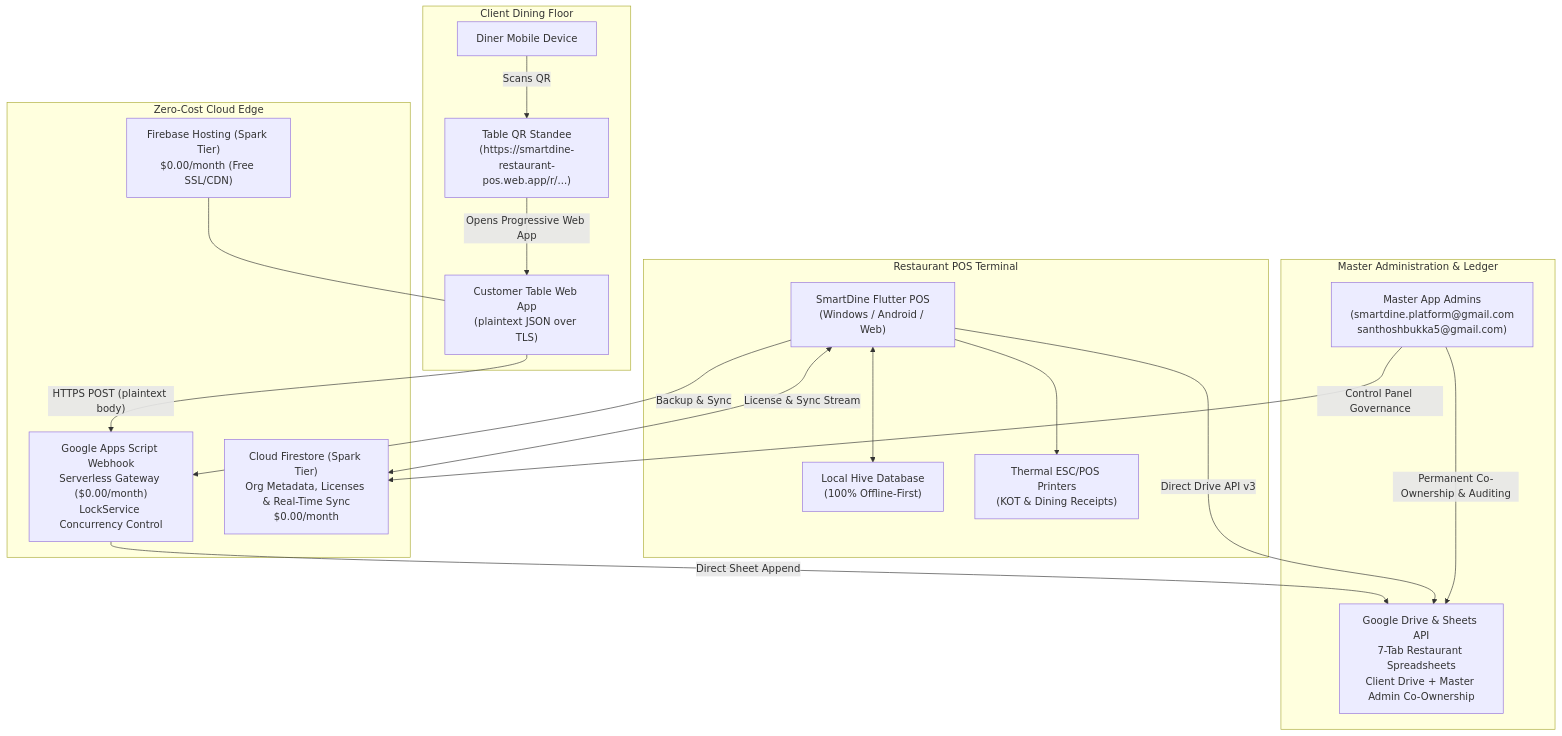
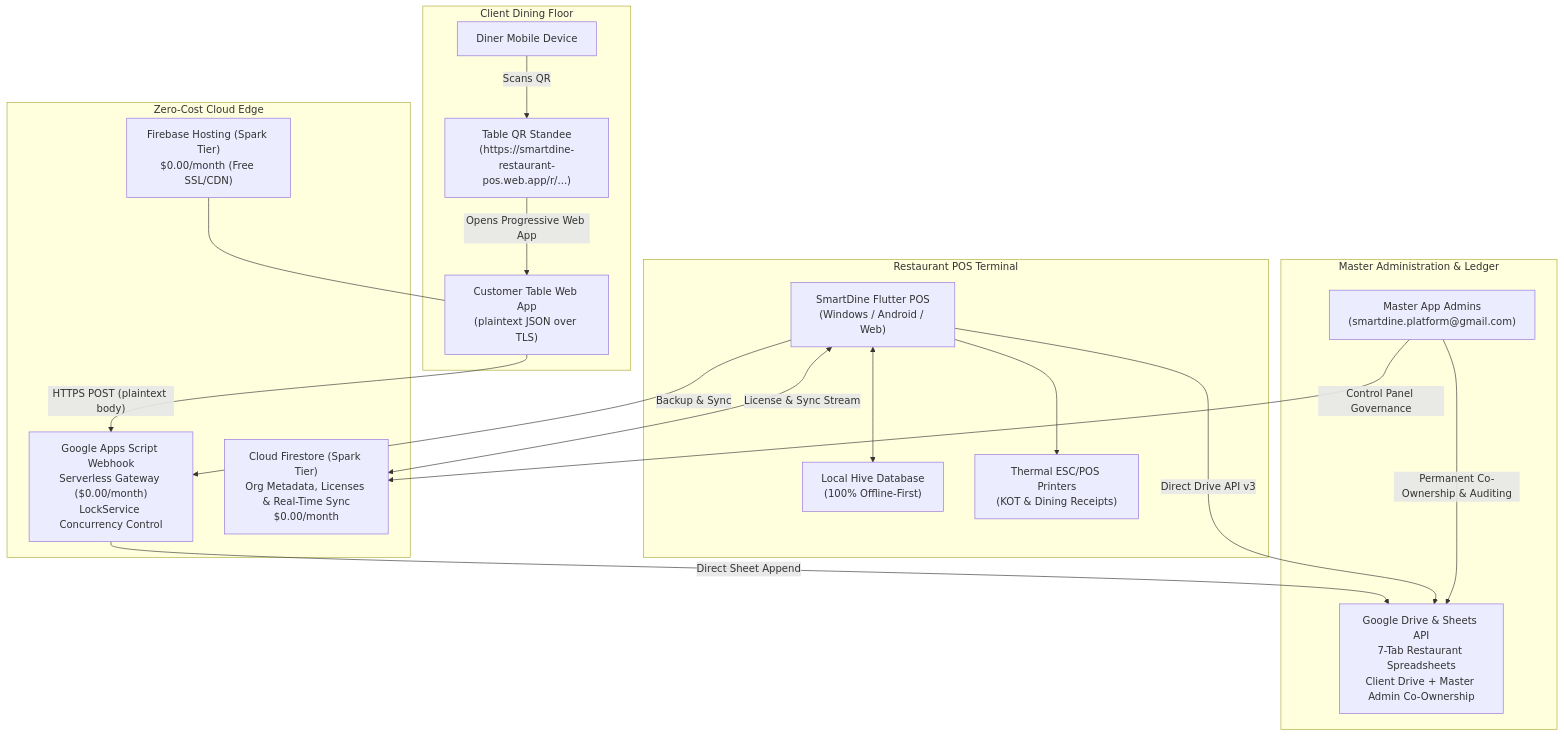
Before and after one commit to Santhosh-Guptha/smart_restaurant_pos: the diagram in DEPLOYMENT_RUNBOOK.md, drawn with Mermaid. The commit also changed other lines of this file and 6 other files, not shown here.

````diff
--- a/DEPLOYMENT_RUNBOOK.md
+++ b/DEPLOYMENT_RUNBOOK.md
@@ -49,37 +49,37 @@
 ```mermaid
 flowchart TD
     subgraph Client Dining Floor
         GUEST["Diner Mobile Device"]
         STAND["Table QR Standee\n(https://smartdine-restaurant-pos.web.app/r/...)"]
         GUEST -->|"Scans QR"| STAND
         STAND -->|"Opens Progressive Web App"| WEBAPP["Customer Table Web App\n(plaintext JSON over TLS)"]
     end
 
     subgraph Zero-Cost Cloud Edge
         HOSTING["Firebase Hosting (Spark Tier)\n$0.00/month (Free SSL/CDN)"]
         WEBHOOK["Google Apps Script Webhook\nServerless Gateway ($0.00/month)\nLockService Concurrency Control"]
         FIRESTORE["Cloud Firestore (Spark Tier)\nOrg Metadata, Licenses & Real-Time Sync\n$0.00/month"]
     end
 
     subgraph Restaurant POS Terminal
         POS["SmartDine Flutter POS\n(Windows / Android / Web)"]
         HIVE["Local Hive Database\n(100% Offline-First)"]
         PRINTER["Thermal ESC/POS Printers\n(KOT & Dining Receipts)"]
         POS <--> HIVE
         POS --> PRINTER
     end
 
     subgraph Master Administration & Ledger
         DRIVE["Google Drive & Sheets API\n7-Tab Restaurant Spreadsheets\nClient Drive + Master Admin Co-Ownership"]
-        ADMIN["Master App Admins\n(smartdine.platform@gmail.com\nsanthoshbukka5@gmail.com)"]
+        ADMIN["Master App Admins\n(smartdine.platform@gmail.com)"]
     end
 
     WEBAPP -->|"HTTPS POST (plaintext body)"| WEBHOOK
     WEBHOOK -->|"Direct Sheet Append"| DRIVE
     POS <-->|"License & Sync Stream"| FIRESTORE
     POS -->|"Backup & Sync"| WEBHOOK
     POS -->|"Direct Drive API v3"| DRIVE
     ADMIN -->|"Permanent Co-Ownership & Auditing"| DRIVE
     ADMIN -->|"Control Panel Governance"| FIRESTORE
     HOSTING --- WEBAPP
 ```
````
